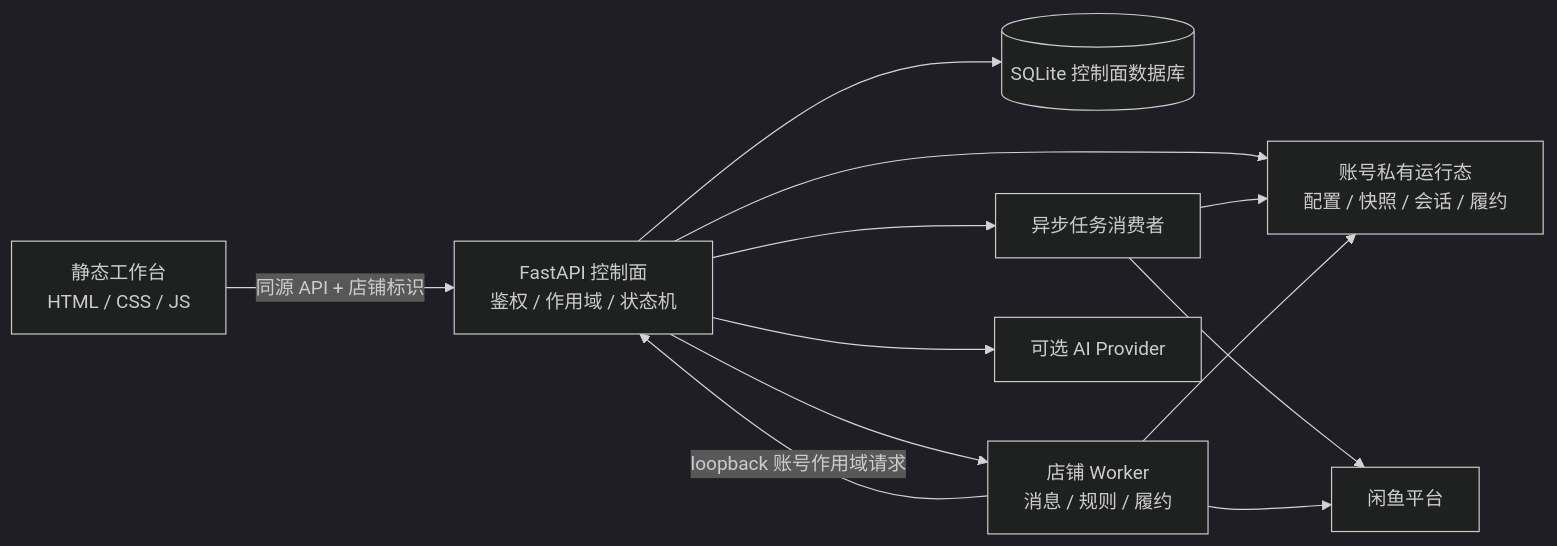
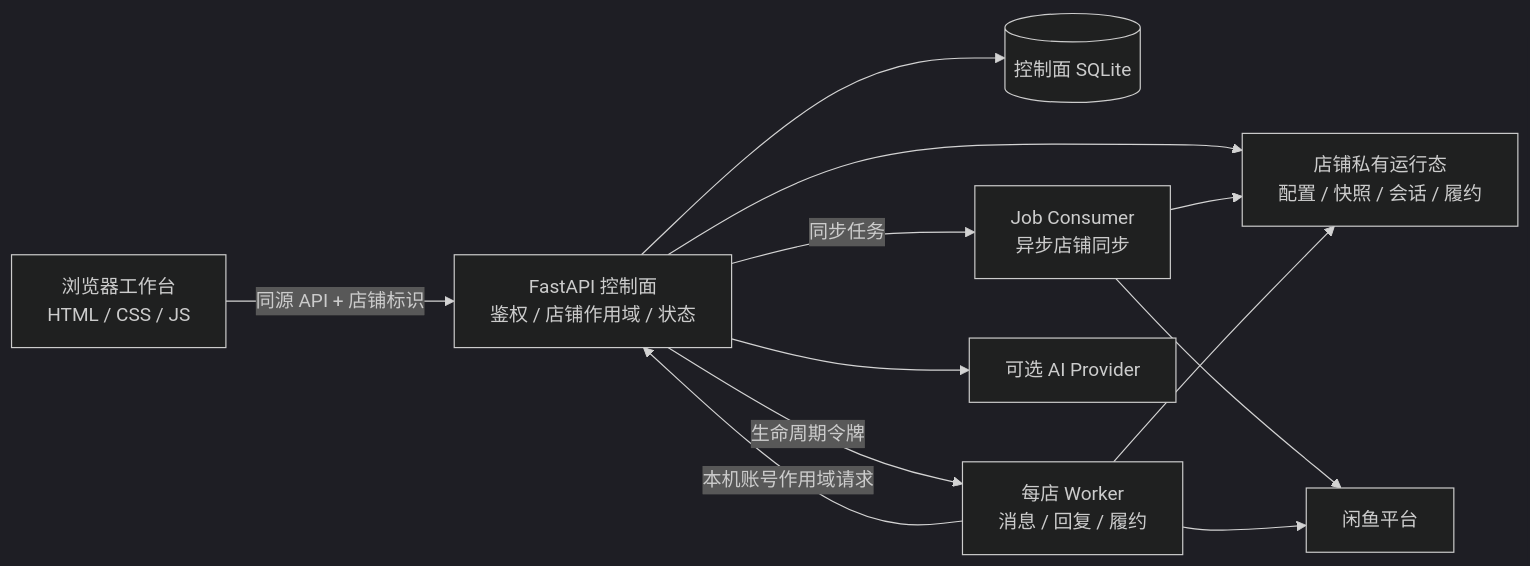
The diagram in README.md (tswawa/xianyu-saas), drawn with Mermaid (dark theme) before and after one commit. The commit also changed other lines of this file and 2 other files, not shown here.

````diff
--- a/README.md
+++ b/README.md
@@ -46,23 +105,23 @@
 ```mermaid
 flowchart LR
-    Browser[静态工作台\nHTML / CSS / JS]
-    API[FastAPI 控制面\n鉴权 / 作用域 / 状态机]
-    DB[(SQLite 控制面数据库)]
-    Store[账号私有运行态\n配置 / 快照 / 会话 / 履约]
-    Consumer[异步任务消费者]
-    Worker[店铺 Worker\n消息 / 规则 / 履约]
+    Browser["浏览器工作台<br/>HTML / CSS / JS"]
+    API["FastAPI 控制面<br/>鉴权 / 店铺作用域 / 状态"]
+    DB[(控制面 SQLite)]
+    Store["店铺私有运行态<br/>配置 / 快照 / 会话 / 履约"]
+    Consumer["Job Consumer<br/>异步店铺同步"]
+    Worker["每店 Worker<br/>消息 / 回复 / 履约"]
     Platform[闲鱼平台]
     AI[可选 AI Provider]
 
     Browser -->|同源 API + 店铺标识| API
     API --> DB
     API --> Store
-    API --> Consumer
+    API -->|同步任务| Consumer
     Consumer --> Store
     Consumer --> Platform
-    API --> Worker
+    API -->|生命周期令牌| Worker
     Worker --> Store
     Worker --> Platform
-    Worker -->|loopback 账号作用域请求| API
+    Worker -->|本机账号作用域请求| API
     API --> AI
 ```
````
